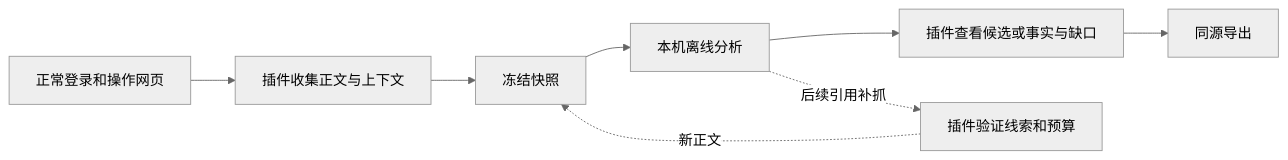
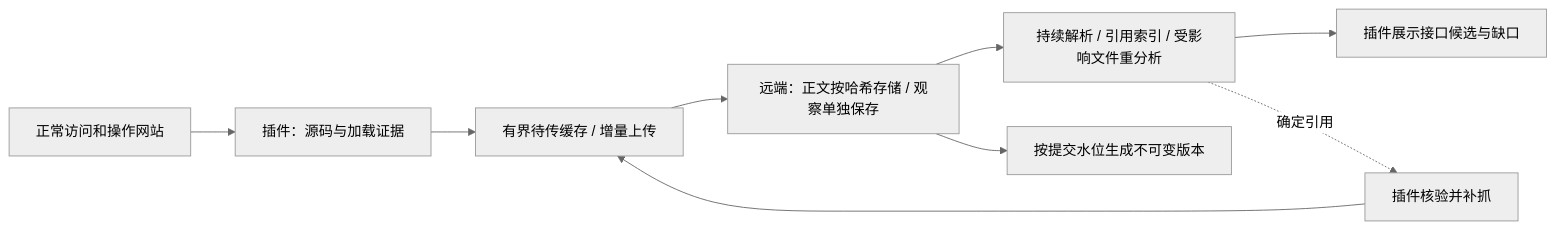
One commit to luohaijiang789/js-security changed the diagram in website-js-extractor/docs/design.md. Above: the diagram before and after it, drawn with Mermaid (neutral theme). The commit also changed other lines of this file and 13 other files, not shown here.

````diff
--- a/website-js-extractor/docs/design.md
+++ b/website-js-extractor/docs/design.md
@@ -7,10 +7,11 @@
 ```mermaid
 flowchart LR
-    A[正常登录和操作网页] --> B[插件收集正文与上下文]
-    B --> C[冻结快照]
-    C --> D[本机离线分析]
-    D --> E[插件查看候选或事实与缺口]
-    E --> F[同源导出]
-    D -. 后续引用补抓 .-> G[插件验证线索和预算]
-    G -. 新正文 .-> C
+    A[正常访问和操作网站] --> B[插件：源码与加载证据]
+    B --> C[有界待传缓存 / 增量上传]
+    C --> D[远端：正文按哈希存储 / 观察单独保存]
+    D --> E[持续解析 / 引用索引 / 受影响文件重分析]
+    E --> F[插件展示接口候选与缺口]
+    D --> G[按提交水位生成不可变版本]
+    E -. 确定引用 .-> H[插件核验并补抓]
+    H --> C
 ```
````
